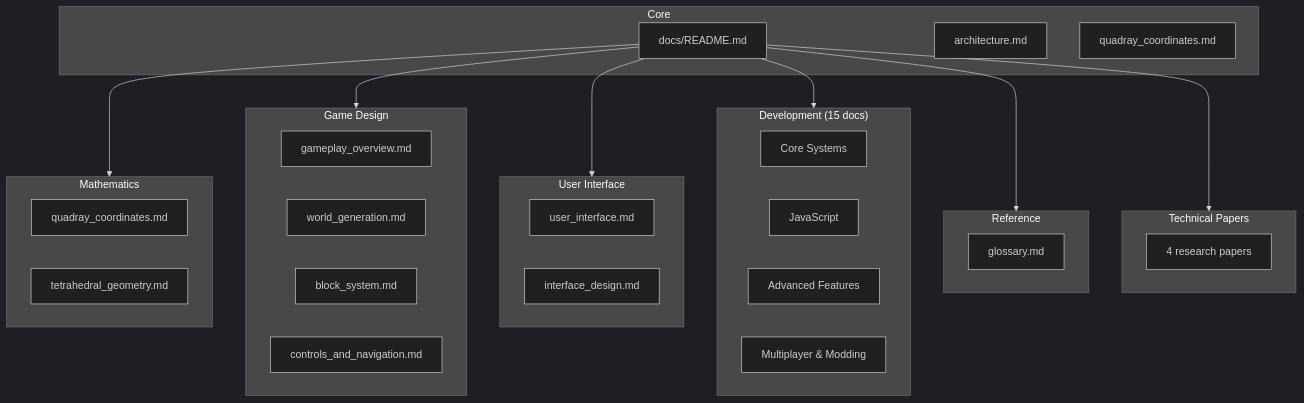
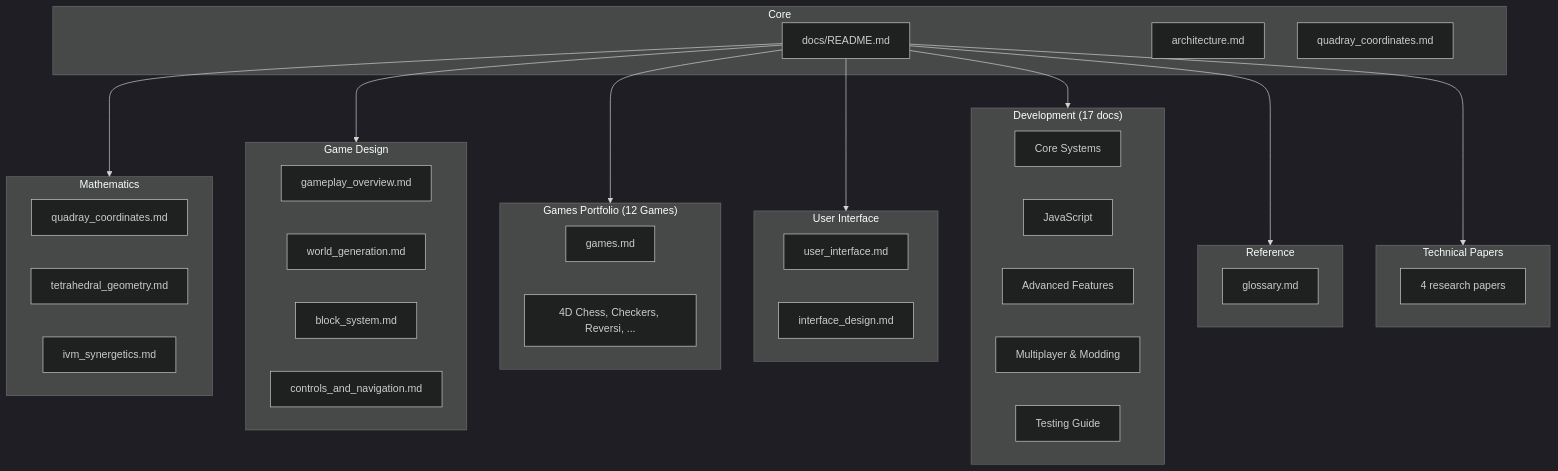
The diagram in docs/README.md (docxology/QuadCraft), drawn with Mermaid (dark theme) before and after one commit. The commit also changed other lines of this file and 351 other files, not shown here.

````diff
--- a/docs/README.md
+++ b/docs/README.md
@@ -5,47 +5,55 @@
 ```mermaid
 flowchart TD
     subgraph Core
         README["docs/README.md"]
         Architecture["architecture.md"]
         QuadrayCoords["quadray_coordinates.md"]
     end
 
     subgraph Mathematics
         QuadrayCoordinates["quadray_coordinates.md"]
         TetrahedralGeometry["tetrahedral_geometry.md"]
+        IVMSynergetics["ivm_synergetics.md"]
     end
 
     subgraph GameDesign["Game Design"]
         GameplayOverview["gameplay_overview.md"]
         WorldGeneration["world_generation.md"]
         BlockSystem["block_system.md"]
         ControlsNavigation["controls_and_navigation.md"]
     end
 
+    subgraph Games["Games Portfolio (12 Games)"]
+        GamesDoc["games.md"]
+        ChessEtc["4D Chess, Checkers, Reversi, ..."]
+    end
+
     subgraph UI["User Interface"]
         UserInterface["user_interface.md"]
         InterfaceDesign["interface_design.md"]
     end
 
-    subgraph Development["Development (15 docs)"]
+    subgraph Development["Development (17 docs)"]
         CoreSystems["Core Systems"]
         JSImplementation["JavaScript"]
         AdvancedFeatures["Advanced Features"]
         MultiplayerModding["Multiplayer & Modding"]
+        Testing["Testing Guide"]
     end
 
     subgraph Reference
         Glossary["glossary.md"]
     end
 
     subgraph Other["Technical Papers"]
         Papers["4 research papers"]
     end
 
     README --> Mathematics
     README --> GameDesign
+    README --> Games
     README --> UI
     README --> Development
     README --> Reference
     README --> Other
 ```
````
